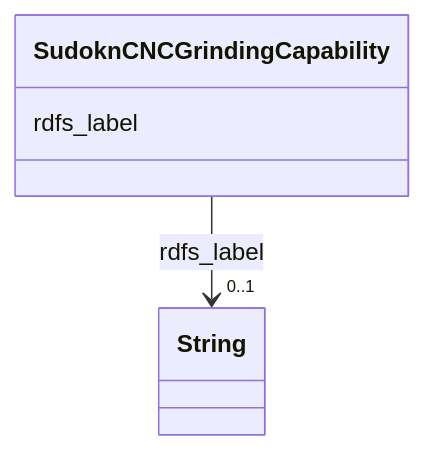
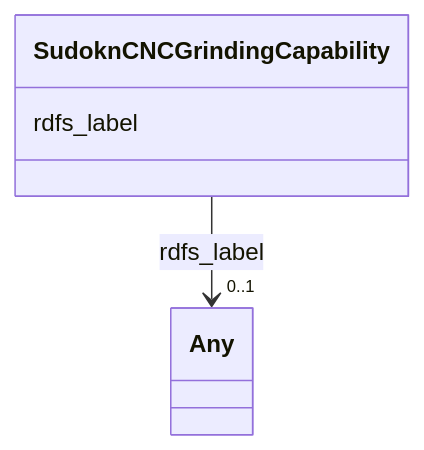
Before and after one commit to frink-okn/graph-descriptions: the diagram in sudokn-kg/classes/SudoknCNCGrindingCapability.md, drawn with Mermaid. The commit also changed other lines of this file and 903 other files, not shown here.

````diff
--- a/sudokn-kg/classes/SudoknCNCGrindingCapability.md
+++ b/sudokn-kg/classes/SudoknCNCGrindingCapability.md
@@ -23,15 +18,15 @@
 ```mermaid
  classDiagram
     class SudoknCNCGrindingCapability
     click SudoknCNCGrindingCapability href "../SudoknCNCGrindingCapability"
       SudoknCNCGrindingCapability : rdfs_label
         
           
     
     
-    SudoknCNCGrindingCapability --> "0..1" String : rdfs_label
-    click String href "../String"
+    SudoknCNCGrindingCapability --> "0..1" Any : rdfs_label
+    click Any href "../Any"
 
         
       
 ```
````
